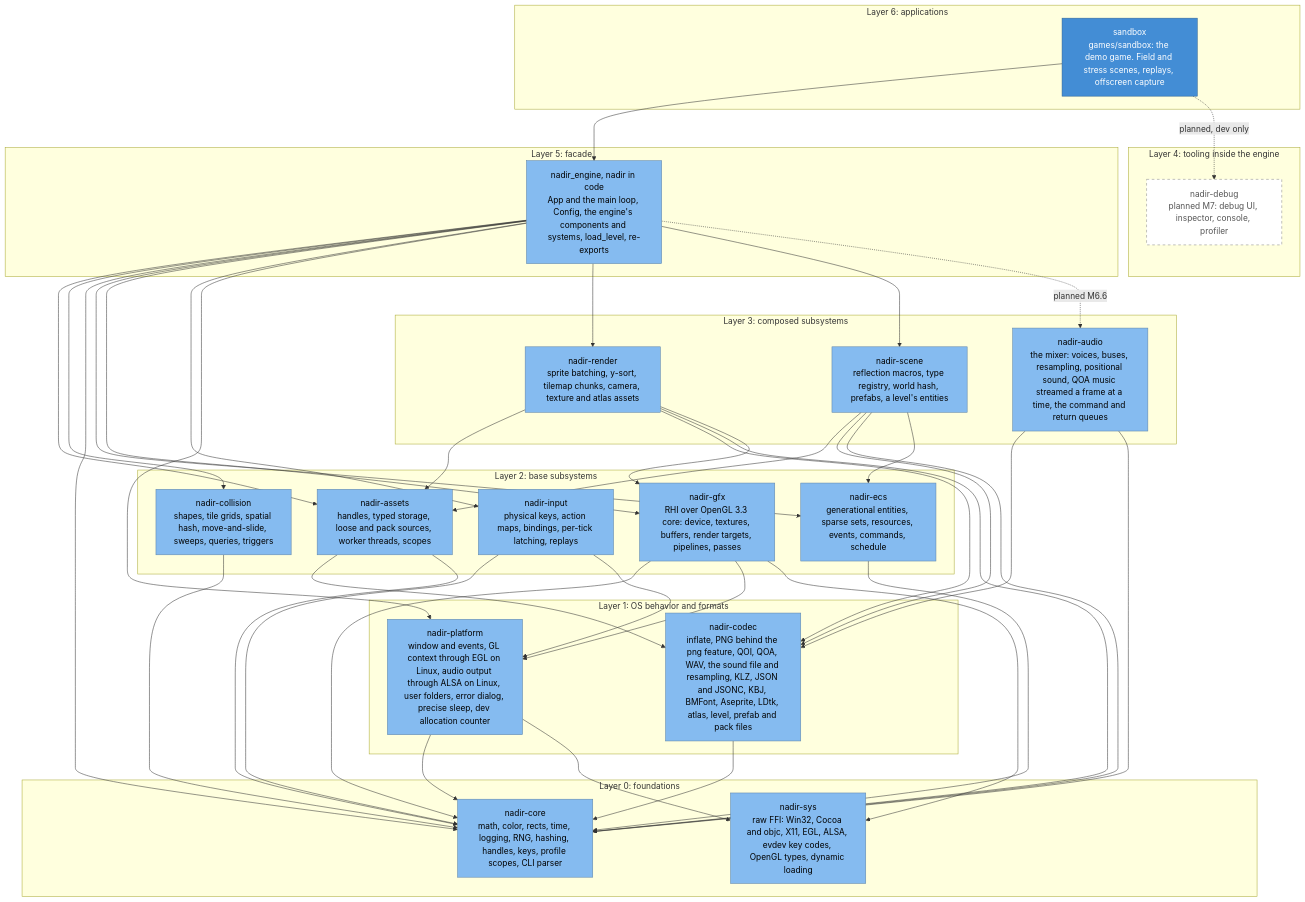
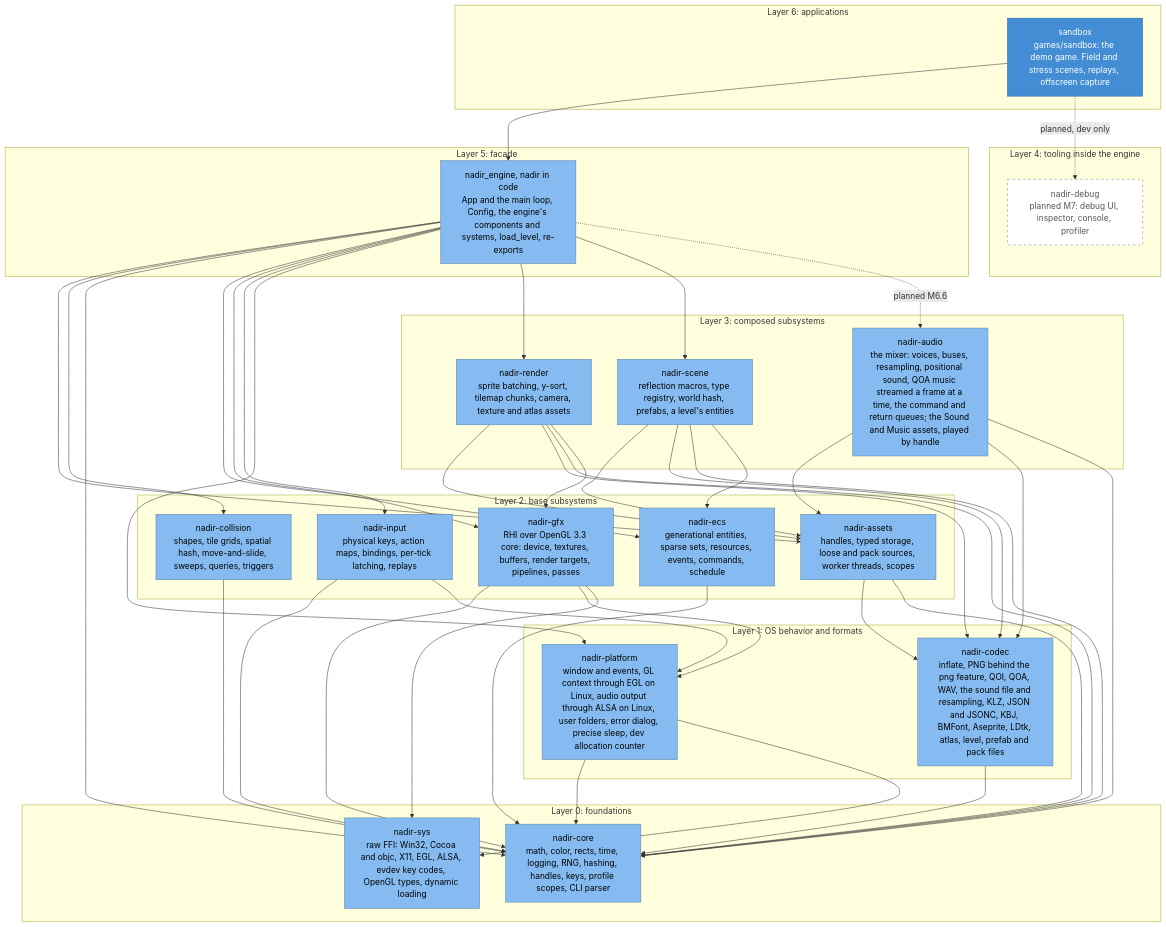
One commit to jabbott-iii/Nadir changed the third of 5 diagrams in diagrams/c4-architecture.md. Above: the diagram before and after it, drawn with Mermaid. The commit also changed other lines of this file and 40 other files, not shown here.

````diff
--- a/diagrams/c4-architecture.md
+++ b/diagrams/c4-architecture.md
@@ -153,74 +153,75 @@
 ```mermaid
 flowchart TB
     subgraph L6["Layer 6: applications"]
         n_sandbox["sandbox<br/>games/sandbox: the demo game. Field and stress scenes, replays, offscreen capture"]
     end
     subgraph L5["Layer 5: facade"]
         n_engine["nadir_engine, nadir in code<br/>App and the main loop, Config, the engine's components and systems, load_level, re-exports"]
     end
     subgraph L4["Layer 4: tooling inside the engine"]
         n_debug["nadir-debug<br/>planned M7: debug UI, inspector, console, profiler"]
     end
     subgraph L3["Layer 3: composed subsystems"]
         n_render["nadir-render<br/>sprite batching, y-sort, tilemap chunks, camera, texture and atlas assets"]
         n_scene["nadir-scene<br/>reflection macros, type registry, world hash, prefabs, a level's entities"]
-        n_audio["nadir-audio<br/>the mixer: voices, buses, resampling, positional sound, QOA music streamed a frame at a time, the command and return queues"]
+        n_audio["nadir-audio<br/>the mixer: voices, buses, resampling, positional sound, QOA music streamed a frame at a time, the command and return queues; the Sound and Music assets, played by handle"]
     end
     subgraph L2["Layer 2: base subsystems"]
         n_gfx["nadir-gfx<br/>RHI over OpenGL 3.3 core: device, textures, buffers, render targets, pipelines, passes"]
         n_ecs["nadir-ecs<br/>generational entities, sparse sets, resources, events, commands, schedule"]
         n_assets["nadir-assets<br/>handles, typed storage, loose and pack sources, worker threads, scopes"]
         n_input["nadir-input<br/>physical keys, action maps, bindings, per-tick latching, replays"]
         n_collision["nadir-collision<br/>shapes, tile grids, spatial hash, move-and-slide, sweeps, queries, triggers"]
     end
     subgraph L1["Layer 1: OS behavior and formats"]
         n_platform["nadir-platform<br/>window and events, GL context through EGL on Linux, audio output through ALSA on Linux, user folders, error dialog, precise sleep, dev allocation counter"]
         n_codec["nadir-codec<br/>inflate, PNG behind the png feature, QOI, QOA, WAV, the sound file and resampling, KLZ, JSON and JSONC, KBJ, BMFont, Aseprite, LDtk, atlas, level, prefab and pack files"]
     end
     subgraph L0["Layer 0: foundations"]
         n_core["nadir-core<br/>math, color, rects, time, logging, RNG, hashing, handles, keys, profile scopes, CLI parser"]
         n_sys["nadir-sys<br/>raw FFI: Win32, Cocoa and objc, X11, EGL, ALSA, evdev key codes, OpenGL types, dynamic loading"]
     end
 
     n_sandbox --> n_engine
     n_engine --> n_assets
     n_engine --> n_collision
     n_engine --> n_core
     n_engine --> n_ecs
     n_engine --> n_gfx
     n_engine --> n_input
     n_engine --> n_platform
     n_engine --> n_render
     n_engine --> n_scene
     n_render --> n_assets
     n_render --> n_codec
     n_render --> n_core
     n_render --> n_gfx
     n_scene --> n_assets
     n_scene --> n_codec
     n_scene --> n_core
     n_scene --> n_ecs
+    n_audio --> n_assets
     n_audio --> n_codec
     n_audio --> n_core
     n_gfx --> n_core
     n_gfx --> n_platform
     n_gfx --> n_sys
     n_ecs --> n_core
     n_assets --> n_codec
     n_assets --> n_core
     n_input --> n_core
     n_input --> n_platform
     n_collision --> n_core
     n_platform --> n_core
     n_platform --> n_sys
     n_codec --> n_core
     n_engine -.->|"planned M6.6"| n_audio
     n_sandbox -.->|"planned, dev only"| n_debug
 
     classDef container fill:#438dd5,stroke:#2e6295,color:#ffffff
     classDef component fill:#85bbf0,stroke:#5d82a8,color:#000000
     classDef planned fill:#ffffff,stroke:#888888,stroke-dasharray: 5 5,color:#555555
     class n_sandbox container
     class n_engine,n_render,n_scene,n_audio,n_gfx,n_ecs,n_assets,n_input,n_collision,n_platform,n_codec,n_core,n_sys component
     class n_debug planned
 ```
````
